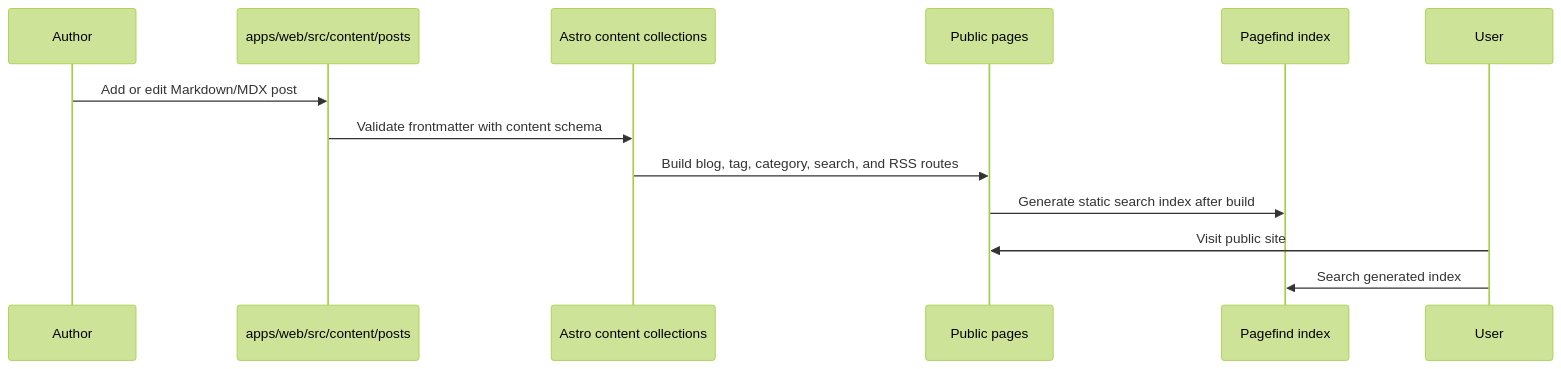
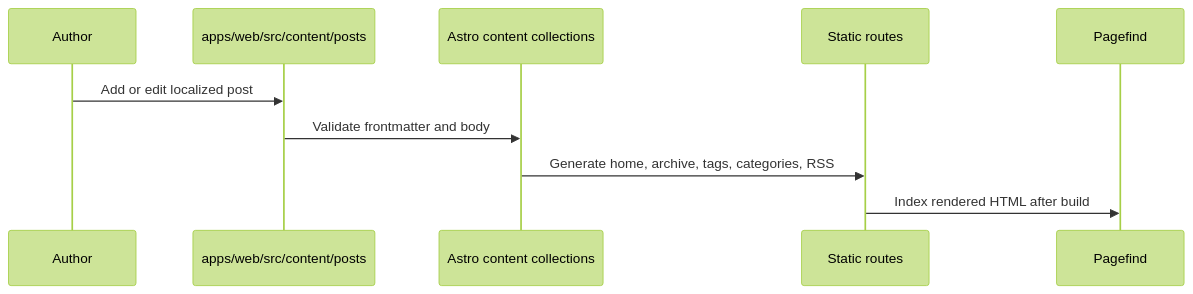
Before and after one commit to dt418/studio-cms: the second of 3 diagrams in docs/PROJECT_ARCHITECTURE.md, drawn with Mermaid (forest theme). The commit also changed other lines of this file and 90 other files, not shown here.

````diff
--- a/docs/PROJECT_ARCHITECTURE.md
+++ b/docs/PROJECT_ARCHITECTURE.md
@@ -32,16 +19,13 @@
 ```mermaid
 sequenceDiagram
-    participant Author
-    participant Content as apps/web/src/content/posts
-    participant Astro as Astro content collections
-    participant Pages as Public pages
-    participant Pagefind as Pagefind index
-    participant User
+  participant Author
+  participant Markdown as apps/web/src/content/posts
+  participant Collections as Astro content collections
+  participant Pages as Static routes
+  participant Search as Pagefind
 
-    Author->>Content: Add or edit Markdown/MDX post
-    Content->>Astro: Validate frontmatter with content schema
-    Astro->>Pages: Build blog, tag, category, search, and RSS routes
-    Pages->>Pagefind: Generate static search index after build
-    User->>Pages: Visit public site
-    User->>Pagefind: Search generated index
+  Author->>Markdown: Add or edit localized post
+  Markdown->>Collections: Validate frontmatter and body
+  Collections->>Pages: Generate home, archive, tags, categories, RSS
+  Pages->>Search: Index rendered HTML after build
 ```
````
